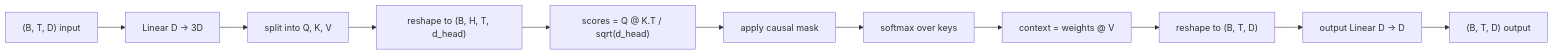
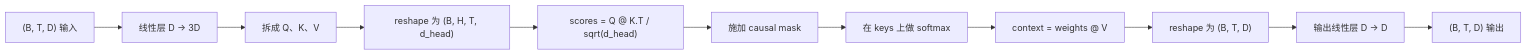
One commit to JerryC8080/ai-engineering-from-scratch-zh changed the first of 2 diagrams in phases/19-capstone-projects/33-multihead-self-attention/docs/zh.md. Above: the diagram before and after it, drawn with Mermaid. The commit also changed 156 other files, not shown here.

First line of the commit message:
i18n(zh): translate mermaid diagram labels in 157 lesson zh.md

````diff
--- a/phases/19-capstone-projects/33-multihead-self-attention/docs/zh.md
+++ b/phases/19-capstone-projects/33-multihead-self-attention/docs/zh.md
@@ -31,13 +31,13 @@
 ```mermaid
 flowchart LR
-    A["(B, T, D) input"] --> B[Linear D -> 3D]
-    B --> C["split into Q, K, V"]
-    C --> D["reshape to (B, H, T, d_head)"]
+    A["(B, T, D) 输入"] --> B[线性层 D → 3D]
+    B --> C["拆成 Q、K、V"]
+    C --> D["reshape 为 (B, H, T, d_head)"]
     D --> E["scores = Q @ K.T / sqrt(d_head)"]
-    E --> F[apply causal mask]
-    F --> G[softmax over keys]
+    E --> F[施加 causal mask]
+    F --> G[在 keys 上做 softmax]
     G --> H["context = weights @ V"]
-    H --> I["reshape to (B, T, D)"]
-    I --> J[output Linear D -> D]
-    J --> K["(B, T, D) output"]
+    H --> I["reshape 为 (B, T, D)"]
+    I --> J[输出线性层 D → D]
+    J --> K["(B, T, D) 输出"]
 ```
````
